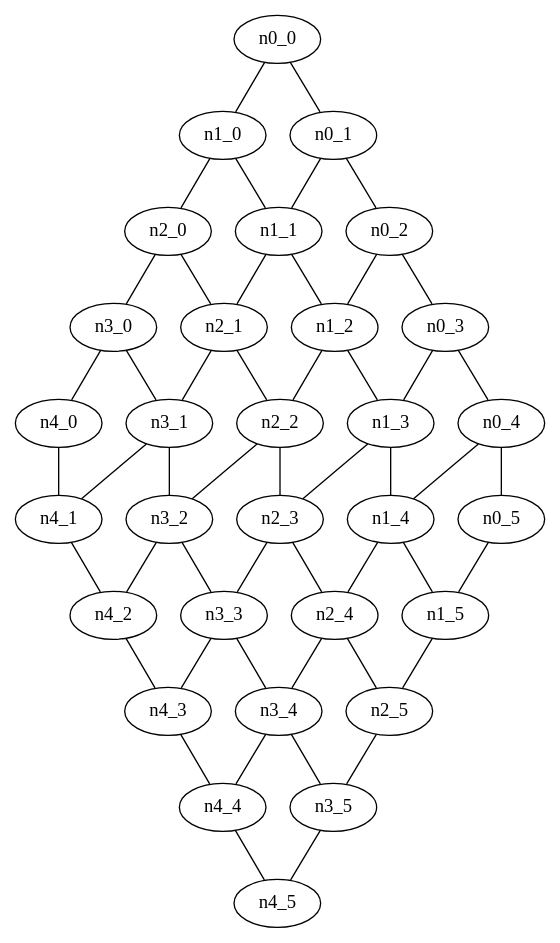
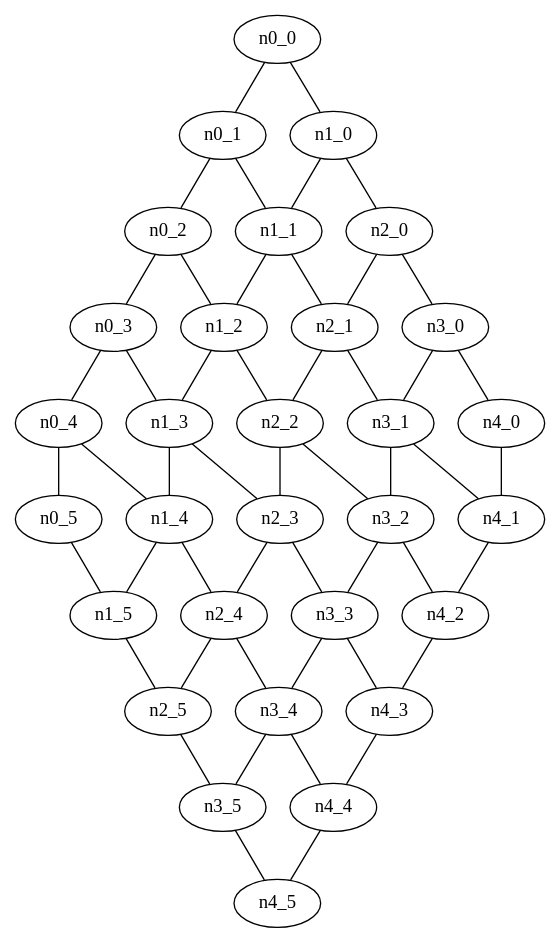
The diagram in grafo_malla_30.gv (FranciscoMGL/Proyecto-Algoritmos), drawn with Graphviz before and after one commit. The commit also changed 30 other files, not shown here.

```diff
--- a/grafo_malla_30.gv
+++ b/grafo_malla_30.gv
@@ -1,51 +1,81 @@
 graph G {
+  "n0_0";
+  "n0_1";
+  "n0_2";
+  "n0_3";
+  "n0_4";
+  "n0_5";
+  "n1_0";
+  "n1_1";
+  "n1_2";
+  "n1_3";
+  "n1_4";
+  "n1_5";
+  "n2_0";
+  "n2_1";
+  "n2_2";
+  "n2_3";
+  "n2_4";
+  "n2_5";
+  "n3_0";
+  "n3_1";
+  "n3_2";
+  "n3_3";
+  "n3_4";
+  "n3_5";
+  "n4_0";
+  "n4_1";
+  "n4_2";
+  "n4_3";
+  "n4_4";
+  "n4_5";
+    "n3_4" -- "n3_5";
+    "n4_3" -- "n4_4";
+    "n2_4" -- "n2_5";
+    "n1_2" -- "n1_3";
+    "n0_4" -- "n0_5";
+    "n2_2" -- "n2_3";
+    "n1_1" -- "n1_2";
+    "n2_1" -- "n3_1";
+    "n1_4" -- "n1_5";
+    "n0_0" -- "n0_1";
+    "n2_0" -- "n3_0";
+    "n3_3" -- "n3_4";
+    "n4_4" -- "n4_5";
     "n0_1" -- "n1_1";
+    "n2_3" -- "n3_3";
+    "n1_4" -- "n2_4";
+    "n3_4" -- "n4_4";
+    "n1_0" -- "n2_0";
+    "n3_1" -- "n3_2";
+    "n1_0" -- "n1_1";
+    "n3_0" -- "n4_0";
+    "n3_5" -- "n4_5";
+    "n3_1" -- "n4_1";
+    "n0_0" -- "n1_0";
+    "n1_1" -- "n2_1";
     "n2_2" -- "n3_2";
-    "n2_1" -- "n3_1";
+    "n1_3" -- "n1_4";
+    "n4_2" -- "n4_3";
+    "n0_5" -- "n1_5";
+    "n3_2" -- "n4_2";
+    "n0_2" -- "n0_3";
+    "n2_3" -- "n2_4";
+    "n3_3" -- "n4_3";
+    "n0_2" -- "n1_2";
+    "n2_1" -- "n2_2";
+    "n4_1" -- "n4_2";
     "n0_1" -- "n0_2";
-    "n0_4" -- "n0_5";
-    "n0_0" -- "n1_0";
-    "n0_2" -- "n0_3";
-    "n3_5" -- "n4_5";
+    "n2_0" -- "n2_1";
+    "n2_5" -- "n3_5";
+    "n1_2" -- "n2_2";
+    "n0_3" -- "n0_4";
+    "n1_3" -- "n2_3";
+    "n1_5" -- "n2_5";
+    "n2_4" -- "n3_4";
+    "n3_2" -- "n3_3";
     "n4_0" -- "n4_1";
-    "n3_4" -- "n3_5";
-    "n4_4" -- "n4_5";
-    "n1_4" -- "n1_5";
-    "n0_5" -- "n1_5";
-    "n1_5" -- "n2_5";
+    "n3_0" -- "n3_1";
     "n0_4" -- "n1_4";
-    "n4_3" -- "n4_4";
-    "n1_2" -- "n1_3";
-    "n1_1" -- "n1_2";
-    "n1_3" -- "n2_3";
-    "n3_0" -- "n4_0";
-    "n3_1" -- "n4_1";
     "n0_3" -- "n1_3";
-    "n3_3" -- "n4_3";
-    "n4_2" -- "n4_3";
-    "n2_2" -- "n2_3";
-    "n3_2" -- "n4_2";
-    "n2_0" -- "n2_1";
-    "n1_1" -- "n2_1";
-    "n2_5" -- "n3_5";
-    "n3_1" -- "n3_2";
-    "n0_0" -- "n0_1";
-    "n0_3" -- "n0_4";
-    "n2_0" -- "n3_0";
-    "n2_3" -- "n2_4";
-    "n1_4" -- "n2_4";
-    "n3_0" -- "n3_1";
-    "n1_3" -- "n1_4";
-    "n1_2" -- "n2_2";
-    "n4_1" -- "n4_2";
-    "n2_3" -- "n3_3";
-    "n1_0" -- "n2_0";
-    "n3_4" -- "n4_4";
-    "n0_2" -- "n1_2";
-    "n2_4" -- "n2_5";
-    "n3_2" -- "n3_3";
-    "n3_3" -- "n3_4";
-    "n2_4" -- "n3_4";
-    "n2_1" -- "n2_2";
-    "n1_0" -- "n1_1";
 }
```
